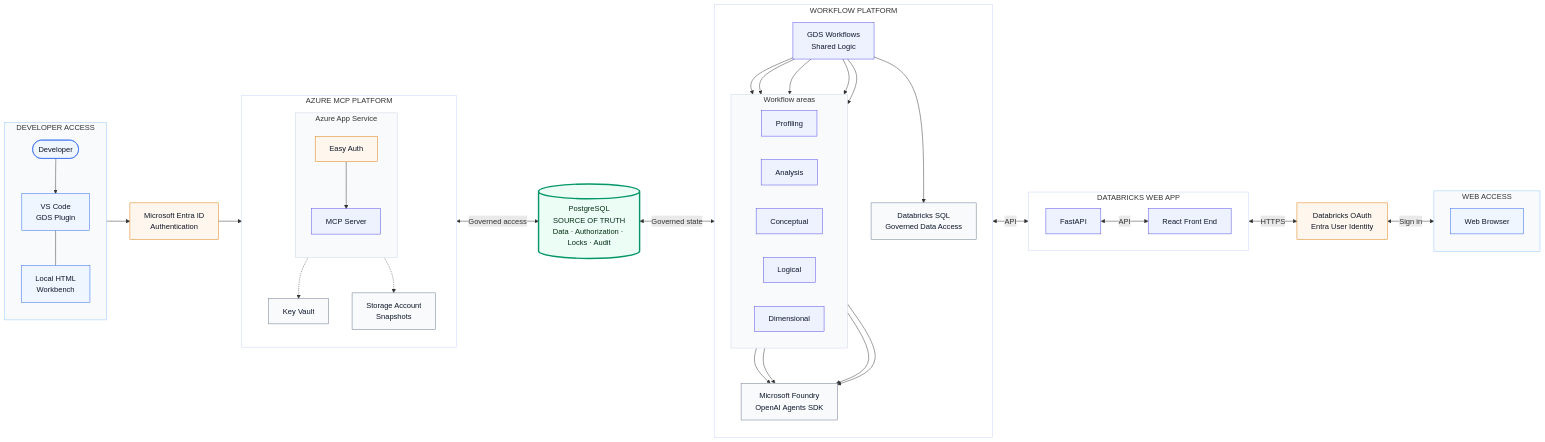
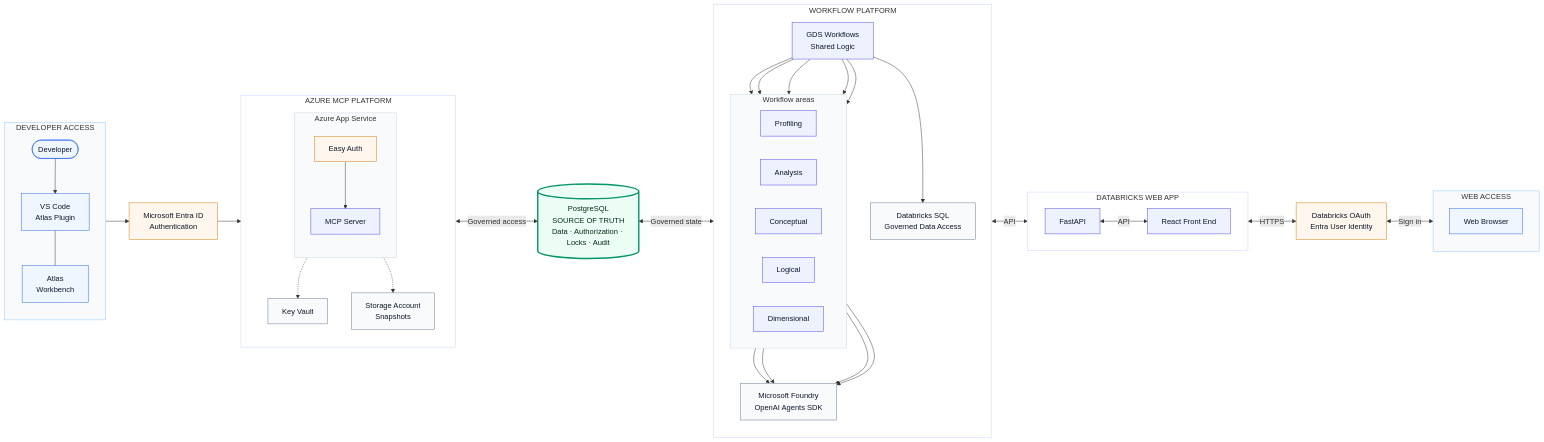
Before and after one commit to maazuddinmohammed/gds_workbench: the diagram in docs/architecture/solution-design.md, drawn with Mermaid. The commit also changed 297 other files, not shown here.

```diff
--- a/docs/architecture/solution-design.md
+++ b/docs/architecture/solution-design.md
@@ -7,8 +7,8 @@
     subgraph developerAccess["DEVELOPER ACCESS"]
         direction TB
         developer(["Developer"])
-        vscode["VS Code<br/>GDS Plugin"]
-        localHtml["Local HTML<br/>Workbench"]
+        vscode["VS Code<br/>Atlas Plugin"]
+        localHtml["Atlas<br/>Workbench"]
         developer --> vscode
         vscode --- localHtml
     end
```
